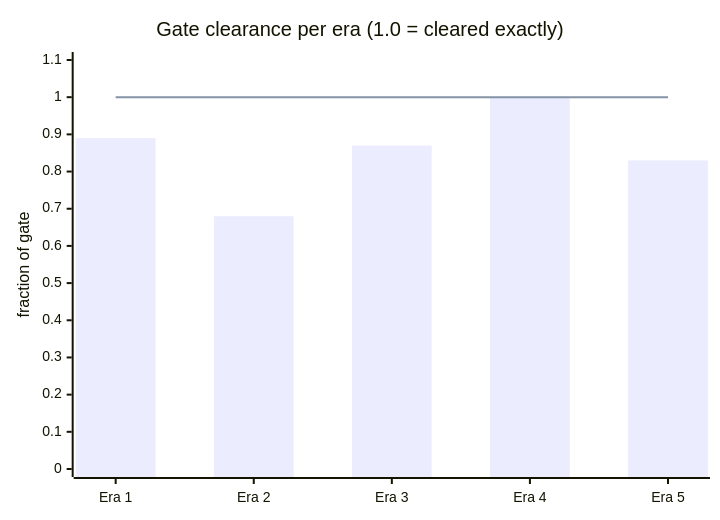
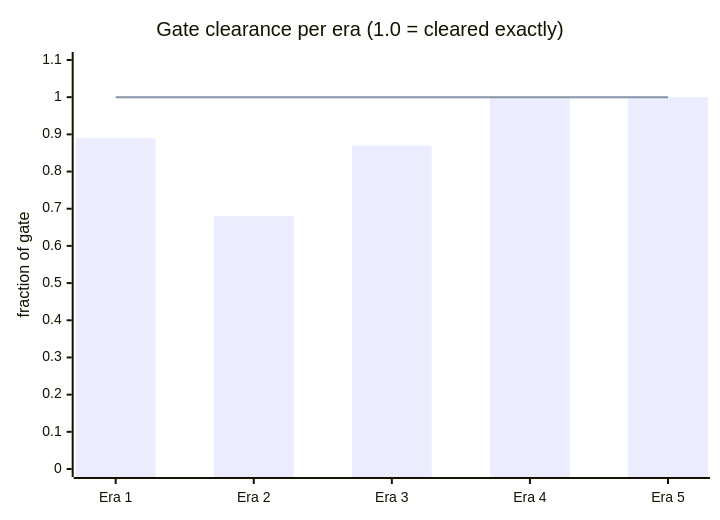
One commit to get-tmonier/argot changed the second of 4 diagrams in docs/research/README.md. Above: the diagram before and after it, drawn with Mermaid. The commit also changed other lines of this file and 4 other files, not shown here.

````diff
--- a/docs/research/README.md
+++ b/docs/research/README.md
@@ -56,8 +56,8 @@
 ```mermaid
 xychart-beta
     title "Gate clearance per era (1.0 = cleared exactly)"
     x-axis ["Era 1", "Era 2", "Era 3", "Era 4", "Era 5"]
     y-axis "fraction of gate" 0 --> 1.1
-    bar [0.89, 0.68, 0.87, 1.00, 0.83]
+    bar [0.89, 0.68, 0.87, 1.00, 1.00]
     line [1.0, 1.0, 1.0, 1.0, 1.0]
 ```
````
